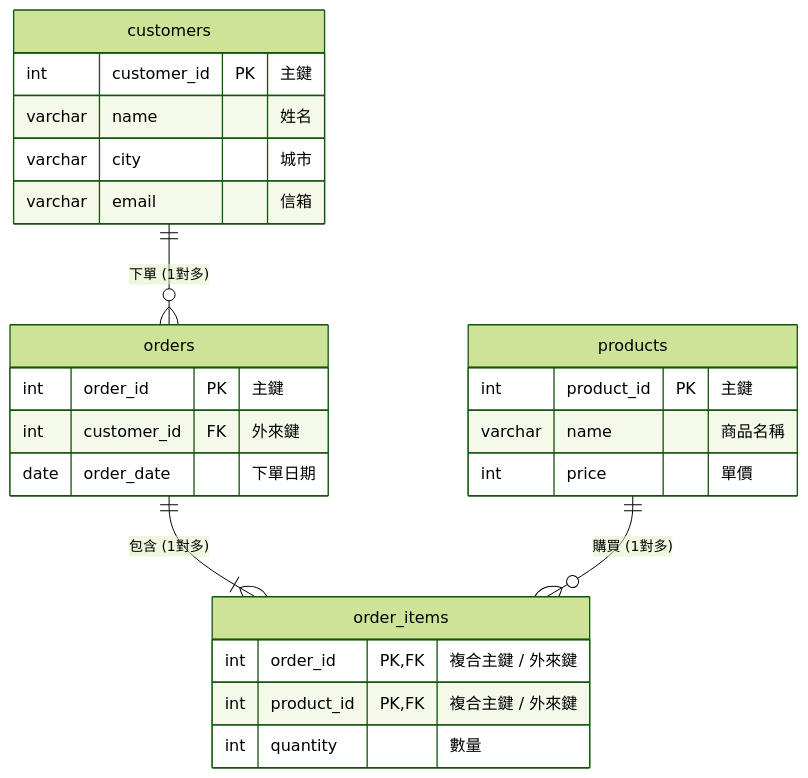
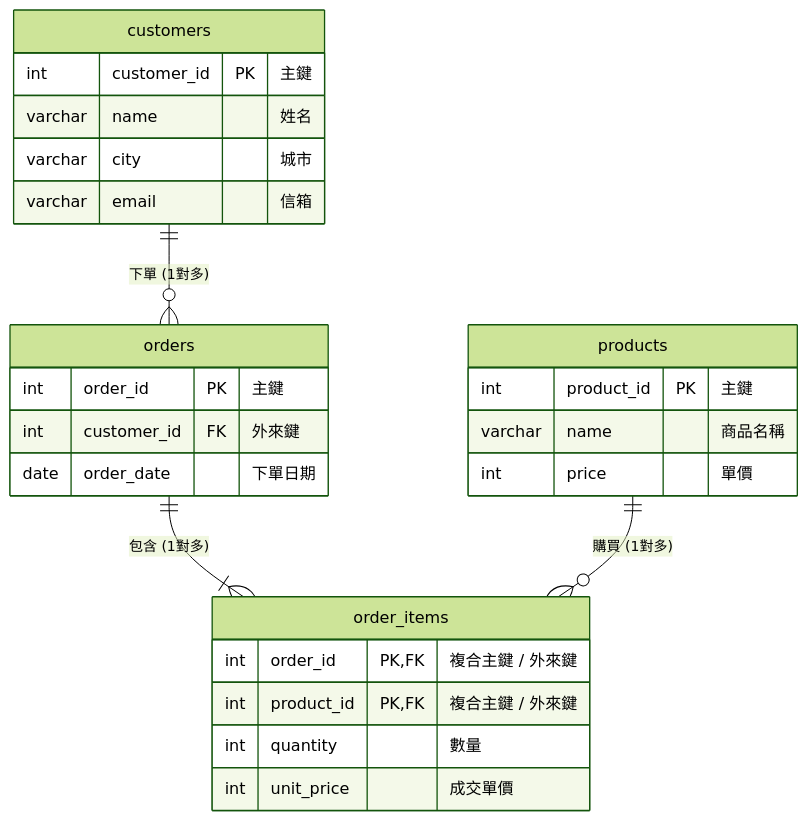
The diagram in 範例資料庫/從Excel到關聯資料庫_正規化.md (roberthsu2003/postgreSQL_MCP), drawn with Mermaid (forest theme) before and after one commit. The commit also changed other lines of this file and 86 other files, not shown here.

````diff
--- a/範例資料庫/從Excel到關聯資料庫_正規化.md
+++ b/範例資料庫/從Excel到關聯資料庫_正規化.md
@@ -69,31 +69,32 @@
 ```mermaid
 erDiagram
     customers ||--o{ orders : "下單 (1對多)"
     orders ||--|{ order_items : "包含 (1對多)"
     products ||--o{ order_items : "購買 (1對多)"
 
     customers {
         int customer_id PK "主鍵"
         varchar name "姓名"
         varchar city "城市"
         varchar email "信箱"
     }
 
     products {
         int product_id PK "主鍵"
         varchar name "商品名稱"
         int price "單價"
     }
 
     orders {
         int order_id PK "主鍵"
         int customer_id FK "外來鍵"
         date order_date "下單日期"
     }
 
     order_items {
         int order_id PK,FK "複合主鍵 / 外來鍵"
         int product_id PK,FK "複合主鍵 / 外來鍵"
         int quantity "數量"
+        int unit_price "成交單價"
     }
 ```
````
